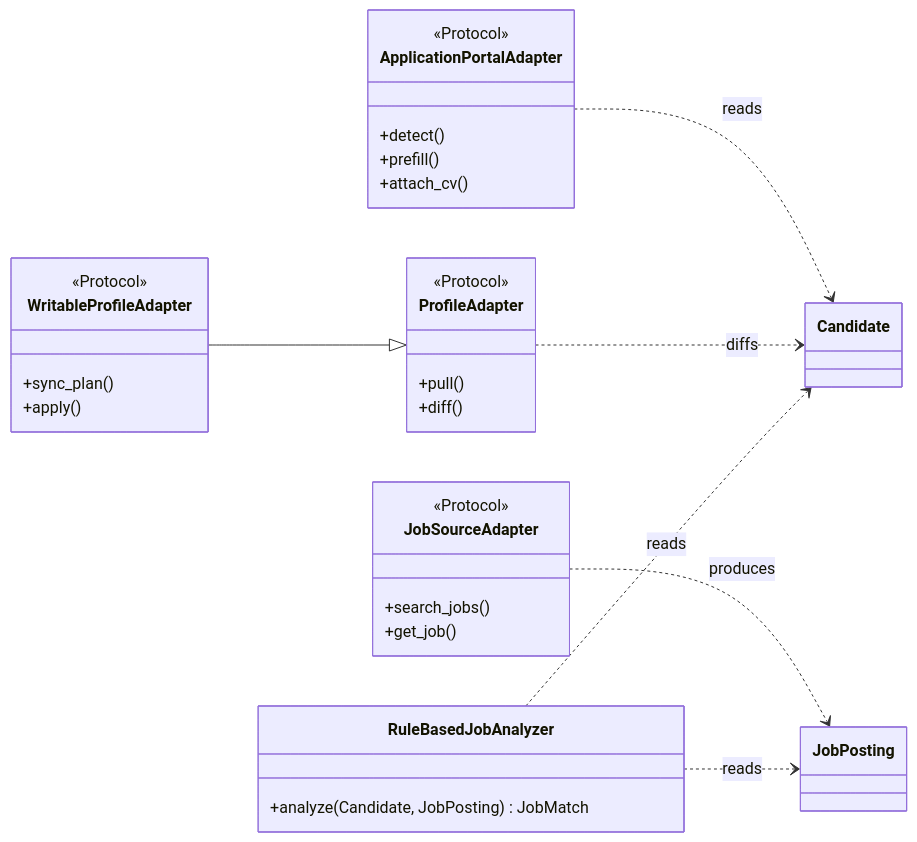
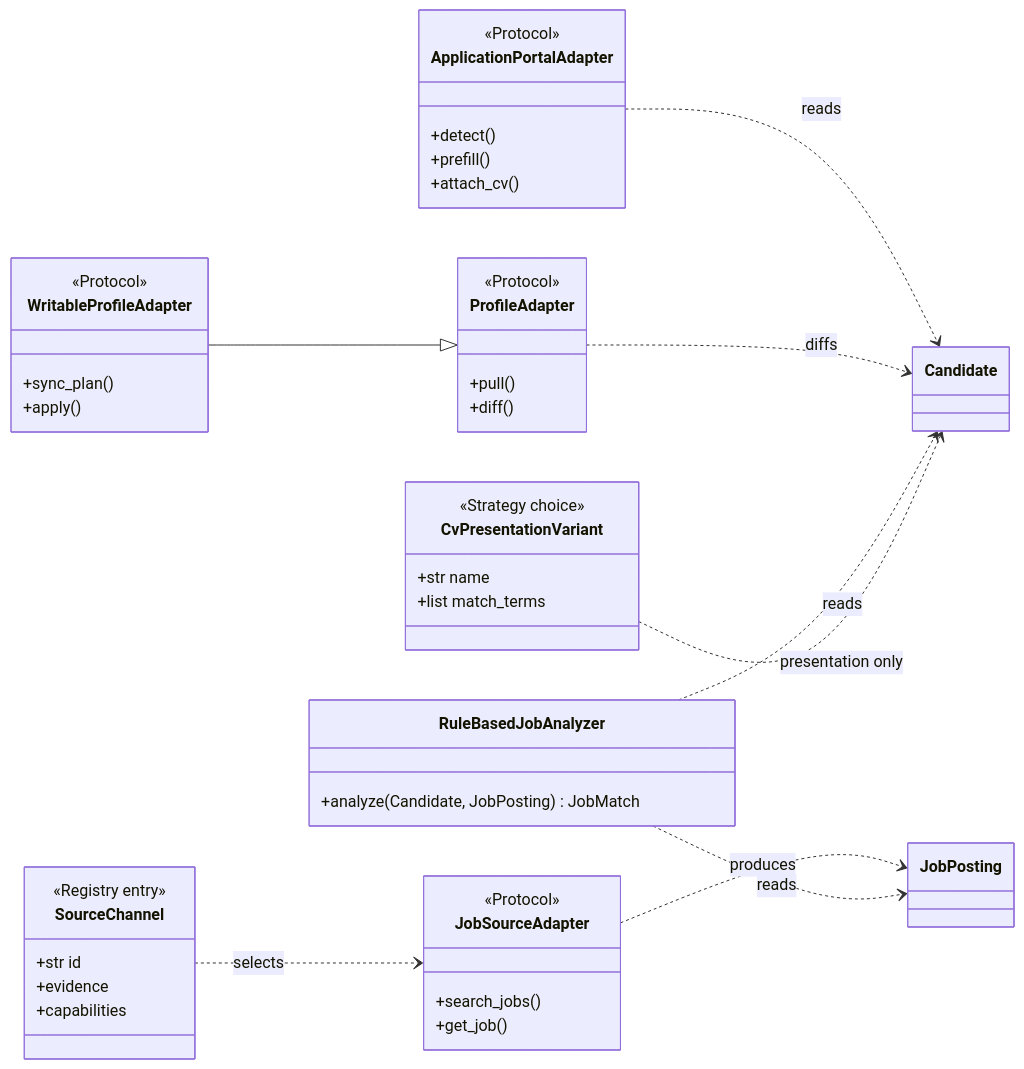
One commit to ljofreflor/jobbot changed the third of 6 diagrams in docs/uml.md. Above: the diagram before and after it, drawn with Mermaid. The commit also changed other lines of this file and 5 other files, not shown here.

First line of the commit message:
docs(sdd): map #404 #303 #265 #218 to patterns + UML ports

````diff
--- a/docs/uml.md
+++ b/docs/uml.md
@@ -160,36 +160,49 @@
 ```mermaid
 classDiagram
   direction LR
   class Candidate
   class JobPosting
   class JobSourceAdapter {
     <<Protocol>>
     +search_jobs()
     +get_job()
   }
   class ApplicationPortalAdapter {
     <<Protocol>>
     +detect()
     +prefill()
     +attach_cv()
   }
   class ProfileAdapter {
     <<Protocol>>
     +pull()
     +diff()
   }
   class WritableProfileAdapter {
     <<Protocol>>
     +sync_plan()
     +apply()
   }
   class RuleBasedJobAnalyzer {
     +analyze(Candidate, JobPosting) JobMatch
   }
+  class SourceChannel {
+    <<Registry entry>>
+    +str id
+    +evidence
+    +capabilities
+  }
+  class CvPresentationVariant {
+    <<Strategy choice>>
+    +str name
+    +list match_terms
+  }
   JobSourceAdapter ..> JobPosting : produces
   ApplicationPortalAdapter ..> Candidate : reads
   ProfileAdapter ..> Candidate : diffs
   WritableProfileAdapter --|> ProfileAdapter
   RuleBasedJobAnalyzer ..> Candidate : reads
   RuleBasedJobAnalyzer ..> JobPosting : reads
+  SourceChannel ..> JobSourceAdapter : selects
+  CvPresentationVariant ..> Candidate : presentation only
 ```
````
